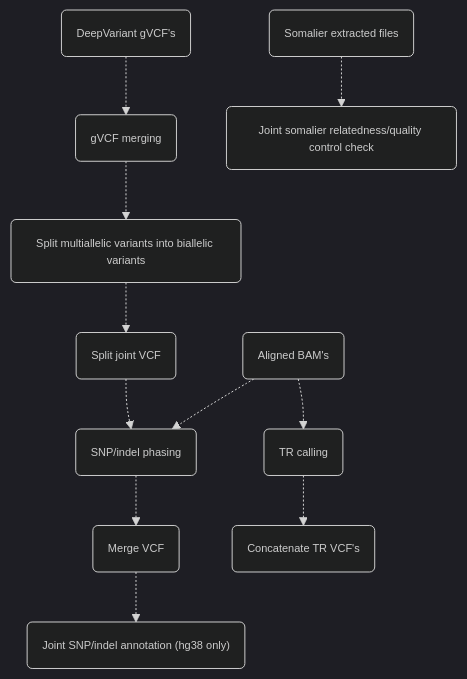
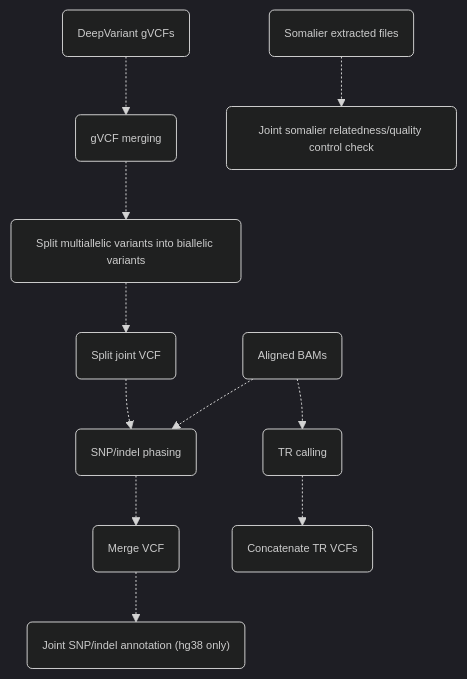
The diagram in docs/popface/info.md (leahkemp/pipeface), drawn with Mermaid before and after one commit. The commit also changed other lines of this file and 16 other files, not shown here.

````diff
--- a/docs/popface/info.md
+++ b/docs/popface/info.md
@@ -5,24 +5,24 @@
 ```mermaid
 %%{init:{'theme':'dark','themeVariables':{'fontSize':'11px'}}}%%
 flowchart TB
 
-input_gvcf("DeepVariant gVCF's")
-input_bam("Aligned BAM's")
+input_gvcf("DeepVariant gVCFs")
+input_bam("Aligned BAMs")
 gvcf_merging("gVCF merging")
 joint_split_multiallele("Split multiallelic variants into biallelic variants")
 split_vcf("Split joint VCF")
 snp_indel_phasing("SNP/indel phasing")
 merge_vcf("Merge VCF")
 joint_snp_indel_annotation("Joint SNP/indel annotation (hg38 only)")
 tr_calling("TR calling")
-concat_vcf("Concatenate TR VCF's")
+concat_vcf("Concatenate TR VCFs")
 
 input_somalier("Somalier extracted files")
 joint_somalier("Joint somalier relatedness/quality control check")
 
 input_gvcf-.->gvcf_merging-.->joint_split_multiallele-.->split_vcf-.->snp_indel_phasing-.->merge_vcf-.->joint_snp_indel_annotation
 input_bam-.->snp_indel_phasing
 input_bam-.->tr_calling-.->concat_vcf
 input_somalier-.->joint_somalier
 
 ```
````
